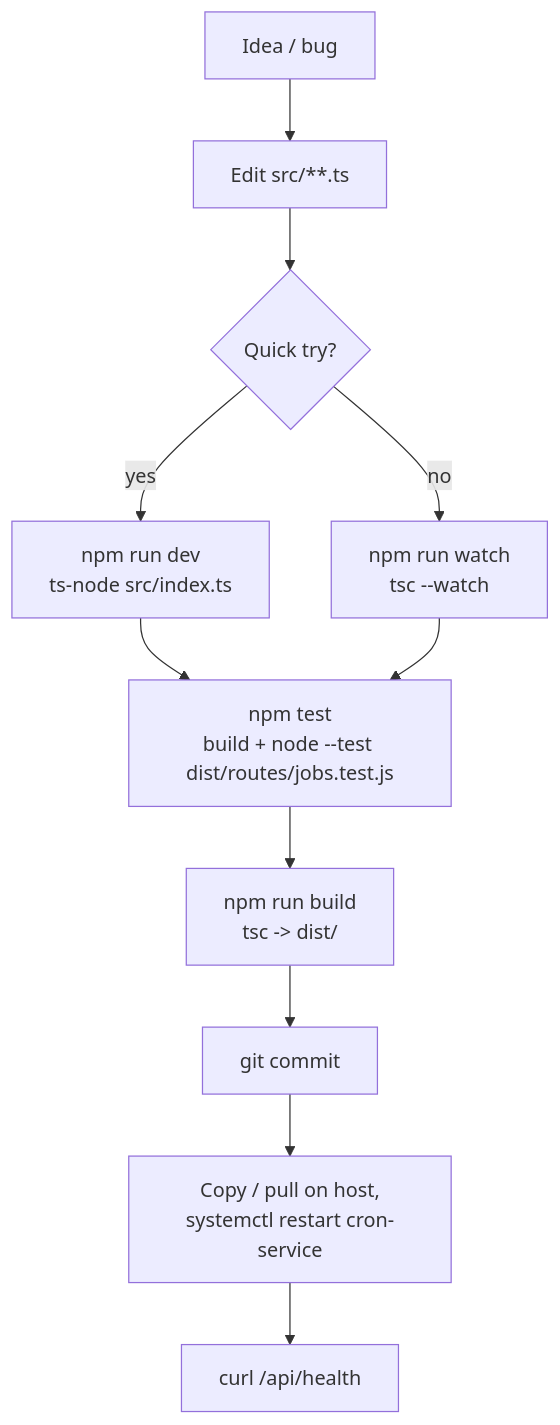
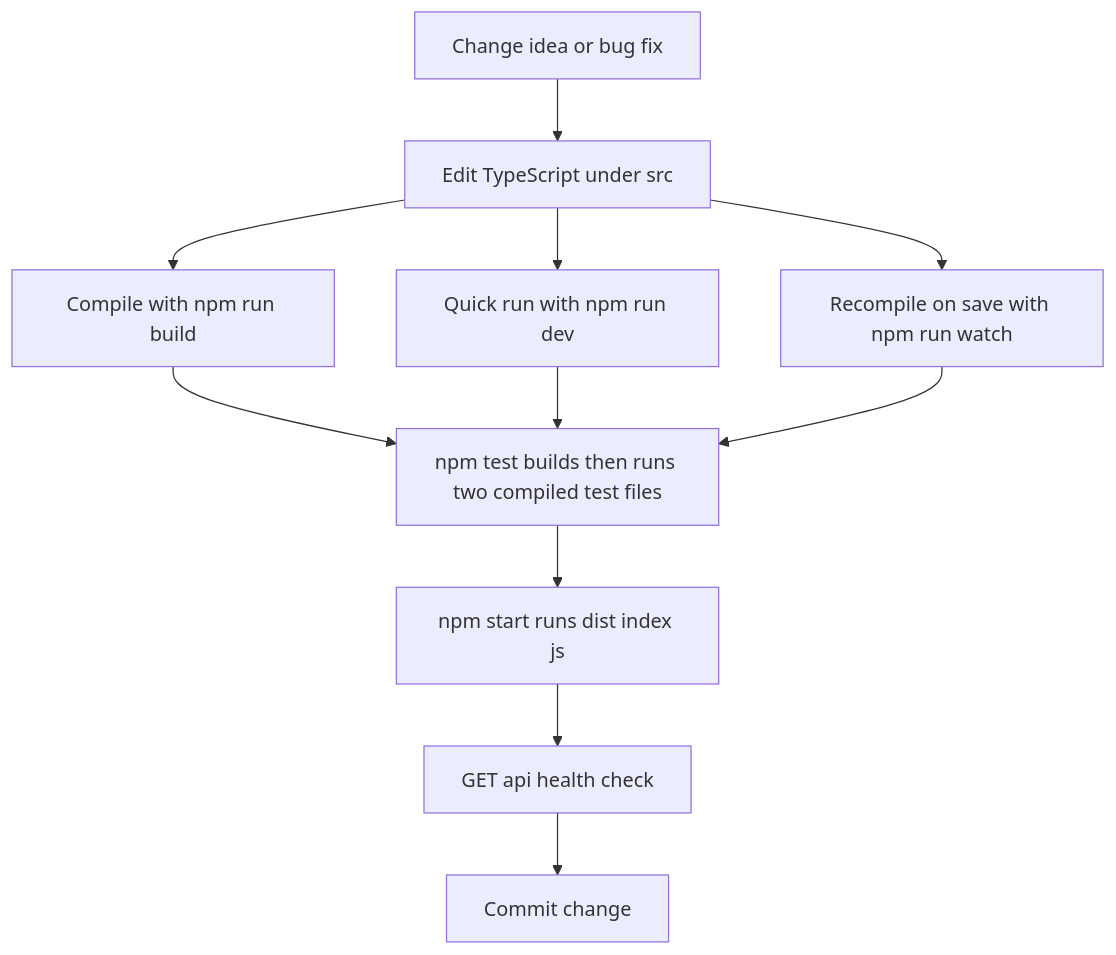
The diagram in content/repos/Jeffrey-Keyser-cron-service/Iteration-Loop.md (Jeffrey-Keyser/project-wiki), drawn with Mermaid before and after one commit. The commit also changed other lines of this file and 150 other files, not shown here.

````diff
--- a/content/repos/Jeffrey-Keyser-cron-service/Iteration-Loop.md
+++ b/content/repos/Jeffrey-Keyser-cron-service/Iteration-Loop.md
@@ -10,14 +10,13 @@
 ```mermaid
 flowchart TD
-  Idea[Idea / bug] --> Edit[Edit src/**.ts]
-  Edit --> Dev{Quick try?}
-  Dev -->|yes| TsNode[npm run dev<br/>ts-node src/index.ts]
-  Dev -->|no| Watch[npm run watch<br/>tsc --watch]
-  TsNode --> Test
+  Idea["Change idea or bug fix"] --> Edit["Edit TypeScript under src"]
+  Edit --> Quick["Quick run with npm run dev"]
+  Edit --> Watch["Recompile on save with npm run watch"]
+  Edit --> Build["Compile with npm run build"]
+  Build --> Test["npm test builds then runs two compiled test files"]
+  Quick --> Test
   Watch --> Test
-  Test[npm test<br/>build + node --test dist/routes/jobs.test.js]
-  Test --> Build[npm run build<br/>tsc -> dist/]
-  Build --> Commit[git commit]
-  Commit --> Deploy[Copy / pull on host,<br/>systemctl restart cron-service]
-  Deploy --> Verify[curl /api/health]
+  Test --> Start["npm start runs dist index js"]
+  Start --> Health["GET api health check"]
+  Health --> Commit["Commit change"]
 ```
````
